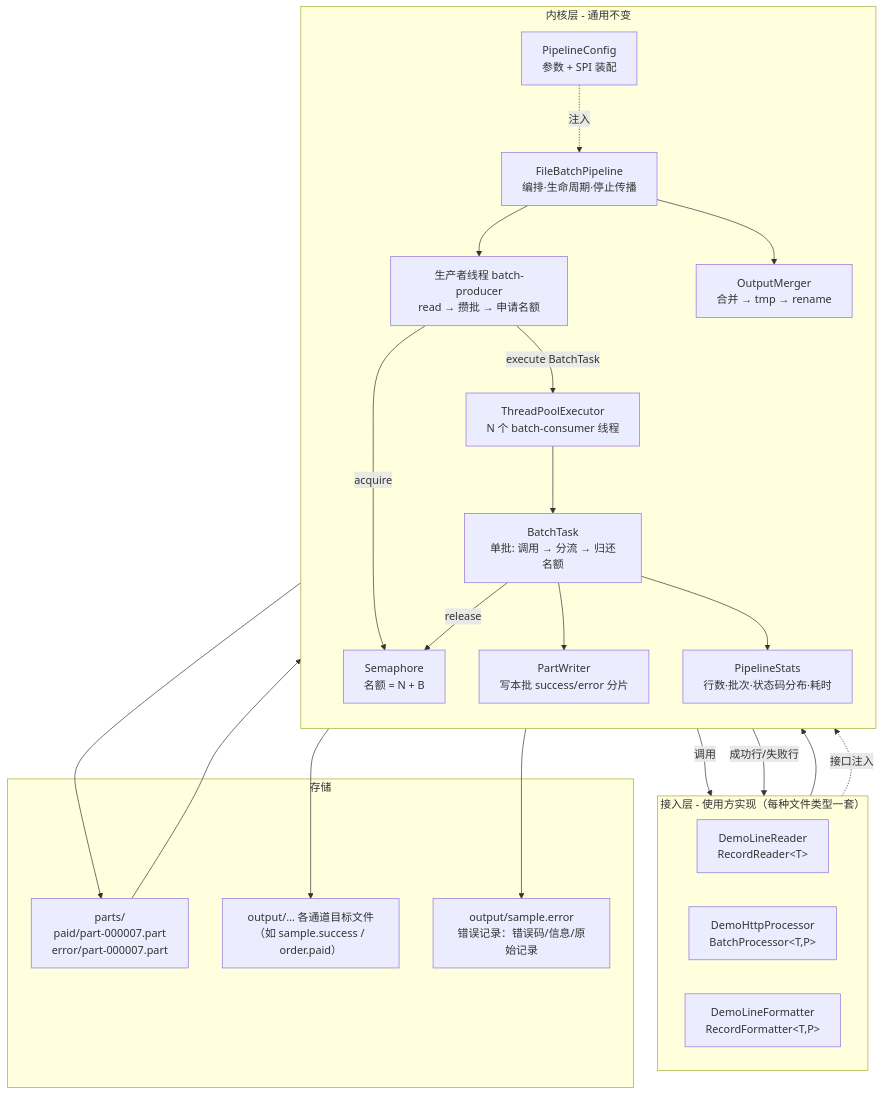
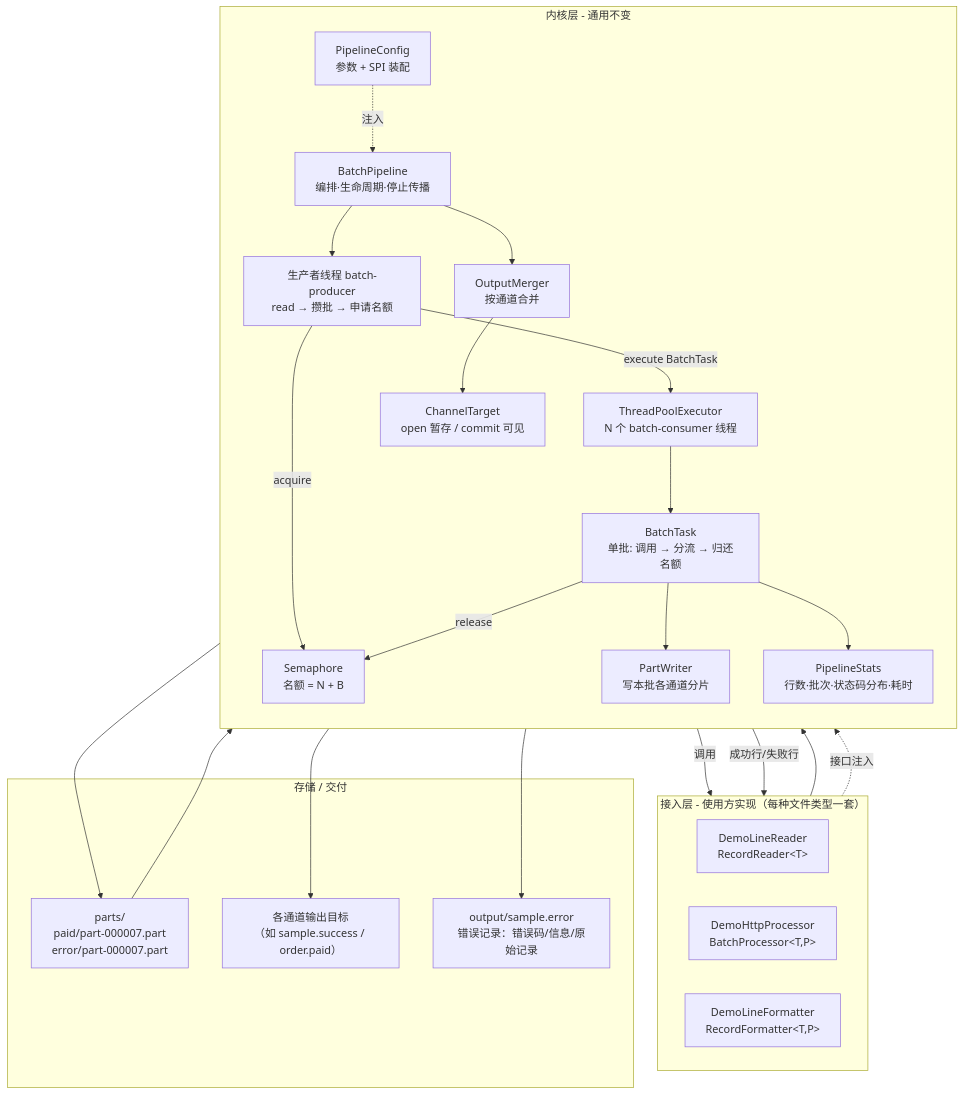
The first of 13 diagrams in DESIGN.md (owengoodluck/java-batch-pipeline), drawn with Mermaid before and after one commit. The commit also changed other lines of this file and 31 other files, not shown here.

First line of the commit message:
refactor!: 输出目标抽象为 ChannelTarget，并收敛内核与文档

````diff
--- a/DESIGN.md
+++ b/DESIGN.md
@@ -140,46 +142,48 @@
 ```mermaid
 flowchart TB
     subgraph APP["接入层 - 使用方实现（每种文件类型一套）"]
         direction LR
         RD["DemoLineReader<br/>RecordReader&lt;T&gt;"]
         PR["DemoHttpProcessor<br/>BatchProcessor&lt;T,P&gt;"]
         FM["DemoLineFormatter<br/>RecordFormatter&lt;T,P&gt;"]
     end
 
     subgraph CORE["内核层 - 通用不变"]
         direction TB
-        PIPE["FileBatchPipeline<br/>编排·生命周期·停止传播"]
+        PIPE["BatchPipeline<br/>编排·生命周期·停止传播"]
         PROD["生产者线程 batch-producer<br/>read → 攒批 → 申请名额"]
         SEM["Semaphore<br/>名额 = N + B"]
         POOL["ThreadPoolExecutor<br/>N 个 batch-consumer 线程"]
         TASK["BatchTask<br/>单批: 调用 → 分流 → 归还名额"]
-        PW["PartWriter<br/>写本批 success/error 分片"]
-        MG["OutputMerger<br/>合并 → tmp → rename"]
+        PW["PartWriter<br/>写本批各通道分片"]
+        MG["OutputMerger<br/>按通道合并"]
+        CT["ChannelTarget<br/>open 暂存 / commit 可见"]
         ST["PipelineStats<br/>行数·批次·状态码分布·耗时"]
         CFG["PipelineConfig<br/>参数 + SPI 装配"]
     end
 
-    subgraph FS["存储"]
+    subgraph FS["存储 / 交付"]
         PART["parts/<br/>paid/part-000007.part<br/>error/part-000007.part"]
-        SUC["output/… 各通道目标文件<br/>（如 sample.success / order.paid）"]
+        SUC["各通道输出目标<br/>（如 sample.success / order.paid）"]
         ERR["output/sample.error<br/>错误记录：错误码/信息/原始记录"]
     end
 
     RD --> PROD
     PROD -->|"acquire"| SEM
     PROD -->|"execute BatchTask"| POOL
     POOL --> TASK
     TASK -->|"调用"| PR
     TASK -->|"成功行/失败行"| FM
     TASK --> PW
     PW --> PART
     TASK -->|"release"| SEM
     PIPE --> PROD
     PIPE --> MG
     PART --> MG
-    MG --> SUC
-    MG --> ERR
+    MG --> CT
+    CT --> SUC
+    CT --> ERR
     TASK --> ST
     CFG -.->|注入| PIPE
     APP -.->|接口注入| CORE
 ```
````
